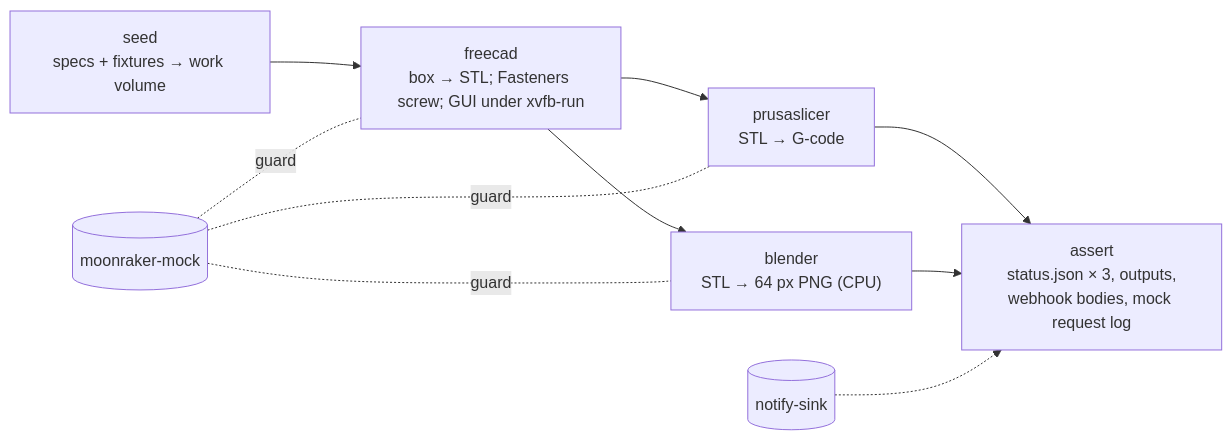
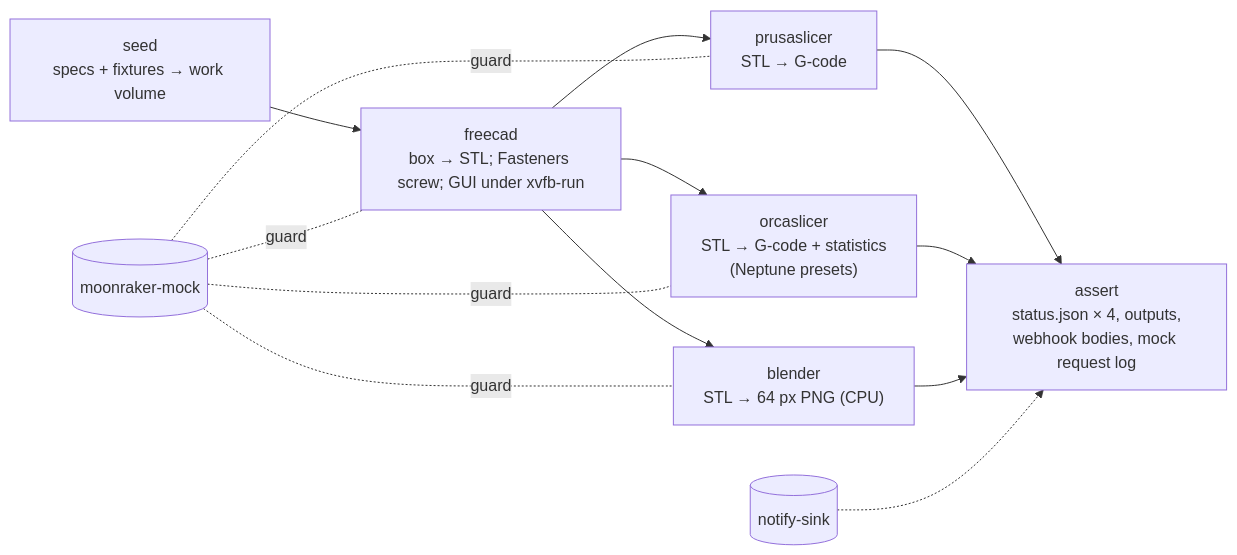
One commit to dvystrcil/gpu-batch-docker changed the diagram in README.md. Above: the diagram before and after it, drawn with Mermaid. The commit also changed other lines of this file and 12 other files, not shown here.

````diff
--- a/README.md
+++ b/README.md
@@ -51,10 +52,12 @@
 ```mermaid
 flowchart LR
   S["seed<br/>specs + fixtures → work volume"] --> F["freecad<br/>box → STL; Fasteners screw; GUI under xvfb-run"]
   F --> P["prusaslicer<br/>STL → G-code"]
+  F --> O["orcaslicer<br/>STL → G-code + statistics<br/>(Neptune presets)"]
   F --> B["blender<br/>STL → 64 px PNG (CPU)"]
-  P --> A["assert<br/>status.json × 3, outputs,<br/>webhook bodies, mock request log"]
+  P --> A["assert<br/>status.json × 4, outputs,<br/>webhook bodies, mock request log"]
+  O --> A
   B --> A
-  M[("moonraker-mock")] -.guard.- F & P & B
+  M[("moonraker-mock")] -.guard.- F & P & O & B
   N[("notify-sink")] -.-> A
 ```
````
